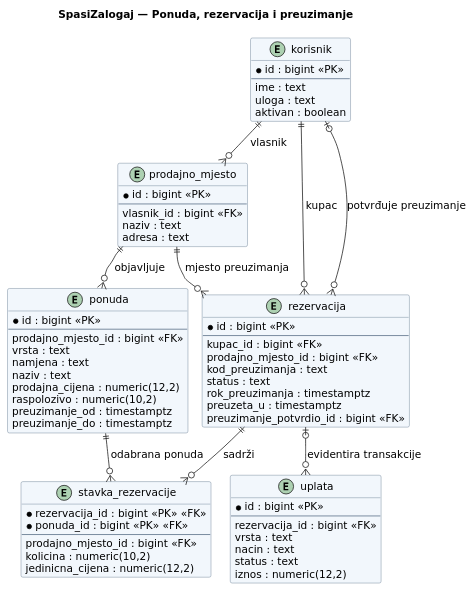
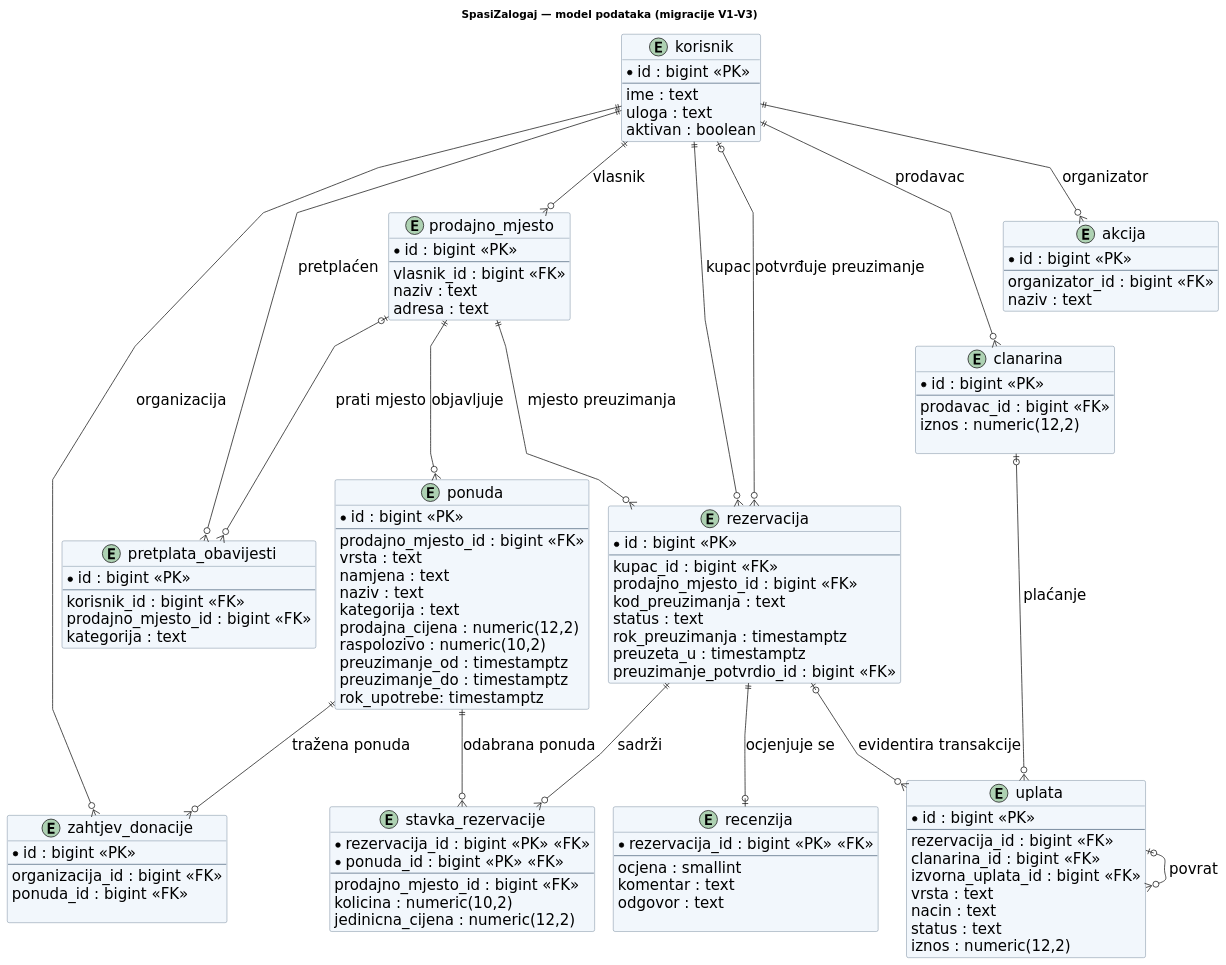
Before and after one commit to vz56677/zalogajcici: the diagram in docs/puml/4.3.1-spasizalogaj-ERD.puml, drawn with PlantUML.

Commit message:
update ER dijagrama

```diff
--- a/docs/puml/4.3.1-spasizalogaj-ERD.puml
+++ b/docs/puml/4.3.1-spasizalogaj-ERD.puml
@@ -1,77 +1,136 @@
 @startuml
-!pragma layout smetana
+
 skinparam shadowing false
 skinparam defaultFontName DejaVu Sans
-skinparam defaultFontSize 14
+skinparam defaultFontSize 20
 skinparam linetype polyline
-skinparam nodesep 42
-skinparam ranksep 52
+skinparam nodesep 25
+skinparam ranksep 70
 skinparam backgroundColor #FFFFFF
 skinparam classBackgroundColor #F2F7FC
 skinparam classBorderColor #526981
 top to bottom direction
-title SpasiZalogaj — Ponuda, rezervacija i preuzimanje
+title SpasiZalogaj — model podataka (migracije V1–V3)
 entity "korisnik" {
   * id : bigint <<PK>>
   --
     ime : text
     uloga : text
     aktivan : boolean
 }
 entity "prodajno_mjesto" {
   * id : bigint <<PK>>
   --
     vlasnik_id : bigint <<FK>>
     naziv : text
     adresa : text
 }
 entity "ponuda" {
   * id : bigint <<PK>>
   --
     prodajno_mjesto_id : bigint <<FK>>
     vrsta : text
     namjena : text
     naziv : text
+    kategorija : text
     prodajna_cijena : numeric(12,2)
     raspolozivo : numeric(10,2)
     preuzimanje_od : timestamptz
     preuzimanje_do : timestamptz
+    rok_upotrebe: timestamptz
 }
 entity "rezervacija" {
   * id : bigint <<PK>>
   --
     kupac_id : bigint <<FK>>
     prodajno_mjesto_id : bigint <<FK>>
     kod_preuzimanja : text
     status : text
     rok_preuzimanja : timestamptz
     preuzeta_u : timestamptz
     preuzimanje_potvrdio_id : bigint <<FK>>
 }
 entity "stavka_rezervacije" {
   * rezervacija_id : bigint <<PK>> <<FK>>
   * ponuda_id : bigint <<PK>> <<FK>>
   --
     prodajno_mjesto_id : bigint <<FK>>
     kolicina : numeric(10,2)
     jedinicna_cijena : numeric(12,2)
 }
 
 entity "uplata" {
   * id : bigint <<PK>>
   --
     rezervacija_id : bigint <<FK>>
+    clanarina_id : bigint <<FK>>
+    izvorna_uplata_id : bigint <<FK>>
     vrsta : text
     nacin : text
     status : text
     iznos : numeric(12,2)
 }
+
+
+entity "recenzija"{
+    * rezervacija_id : bigint <<PK>> <<FK>> 
+    --
+    ocjena : smallint
+    komentar : text
+    odgovor : text
+
+}
+
+entity "zahtjev_donacije"{
+    * id : bigint <<PK>>
+    --
+    organizacija_id : bigint <<FK>>
+    ponuda_id : bigint <<FK>>
+
+}
+
+entity "akcija"{
+    * id : bigint <<PK>>
+    --
+    organizator_id : bigint <<FK>>
+    naziv : text
+}
+
+entity "clanarina"{
+    * id : bigint <<PK>>
+    --
+    prodavac_id : bigint <<FK>>
+    iznos : numeric(12,2)
+
+}
+
+entity "pretplata_obavijesti"{
+    * id : bigint <<PK>>
+    --
+    korisnik_id : bigint <<FK>>
+    prodajno_mjesto_id : bigint <<FK>>
+    kategorija : text
+}
+
 korisnik ||--o{ prodajno_mjesto : vlasnik
 korisnik ||--o{ rezervacija : kupac
 korisnik |o--o{ rezervacija : potvrđuje preuzimanje
 prodajno_mjesto ||--o{ rezervacija : mjesto preuzimanja
 prodajno_mjesto ||--o{ ponuda : objavljuje
 ponuda ||--o{ stavka_rezervacije : odabrana ponuda
 rezervacija ||--o{ stavka_rezervacije : sadrži
 rezervacija |o--o{ uplata : evidentira transakcije
+
+
+rezervacija ||--o| recenzija : ocjenjuje se
+korisnik ||--o{ akcija : organizator
+korisnik ||--o{ clanarina : prodavac
+clanarina |o--o{ uplata : plaćanje
+uplata |o--o{ uplata : povrat
+korisnik ||--o{ pretplata_obavijesti : pretplaćen
+prodajno_mjesto |o--o{ pretplata_obavijesti : prati mjesto
+korisnik ||--o{ zahtjev_donacije : organizacija
+ponuda ||--o{ zahtjev_donacije : tražena ponuda
+
+
 @enduml
```
